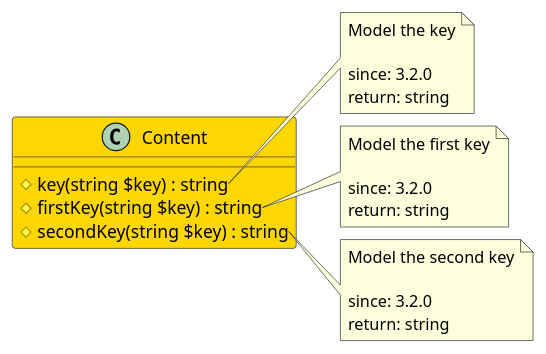
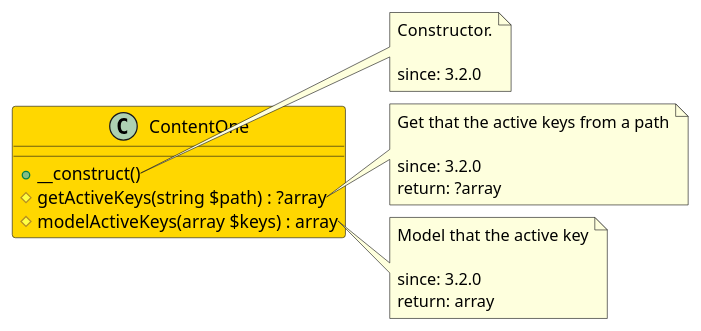
One commit to joomengine/jcb-compiler changed the diagram in src/adfbe68a-6d22-43e5-aee8-2787e8c47e75/README.md. Above: the diagram before and after it, drawn with PlantUML. The commit also changed other lines of this file and 272 other files, not shown here.

````diff
--- a/src/adfbe68a-6d22-43e5-aee8-2787e8c47e75/README.md
+++ b/src/adfbe68a-6d22-43e5-aee8-2787e8c47e75/README.md
@@ -12,31 +12,30 @@
 ```uml
 @startuml
-class Content  #Gold {
-  # key(string $key) : string
-  # firstKey(string $key) : string
-  # secondKey(string $key) : string
+class ContentOne  #Gold {
+  + __construct()
+  # getActiveKeys(string $path) : ?array
+  # modelActiveKeys(array $keys) : array
 }
 
-note right of Content::key
-  Model the key
+note right of ContentOne::__construct
+  Constructor.
 
   since: 3.2.0
-  return: string
 end note
 
-note right of Content::firstKey
-  Model the first key
+note right of ContentOne::getActiveKeys
+  Get that the active keys from a path
 
   since: 3.2.0
-  return: string
+  return: ?array
 end note
 
-note right of Content::secondKey
-  Model the second key
+note right of ContentOne::modelActiveKeys
+  Model that the active key
 
   since: 3.2.0
-  return: string
+  return: array
 end note
  
 @enduml
 ```
````
